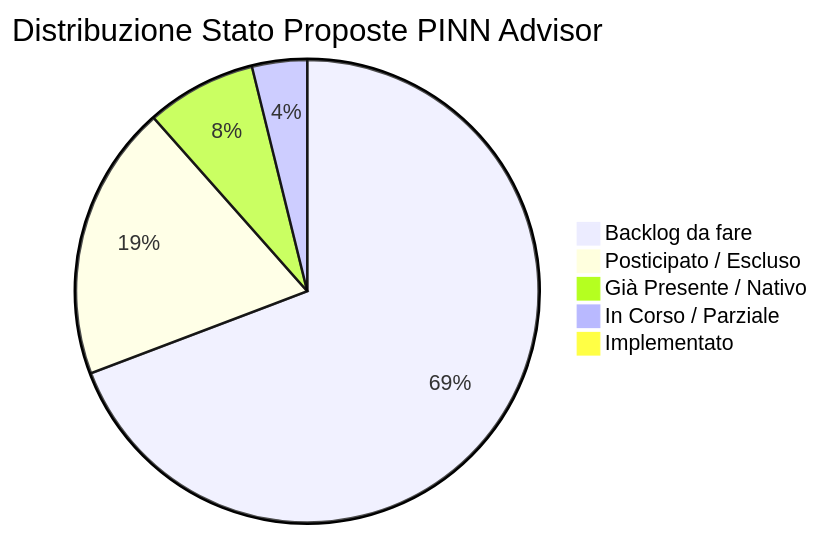
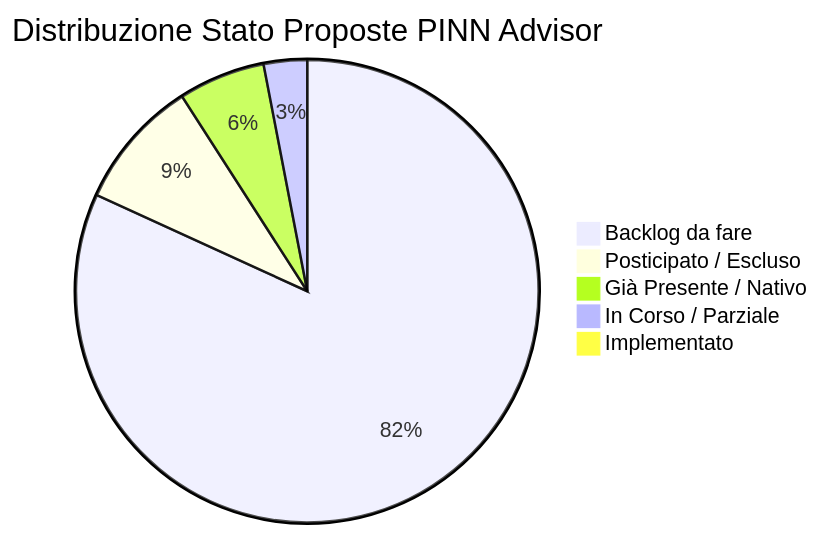
Before and after one commit to Eaglw/PINN-tesi: the first of 2 diagrams in tools/pinn_advisor/reports/Actionable_analysis.md, drawn with Mermaid. The commit also changed other lines of this file and 2 other files, not shown here.

````diff
--- a/tools/pinn_advisor/reports/Actionable_analysis.md
+++ b/tools/pinn_advisor/reports/Actionable_analysis.md
@@ -21,8 +21,8 @@
 ```mermaid
 pie title Distribuzione Stato Proposte PINN Advisor
-    "Backlog da fare" : 18
-    "Posticipato / Escluso" : 5
+    "Backlog da fare" : 27
+    "Posticipato / Escluso" : 3
     "Già Presente / Nativo" : 2
     "In Corso / Parziale" : 1
     "Implementato" : 0
 ```
````
